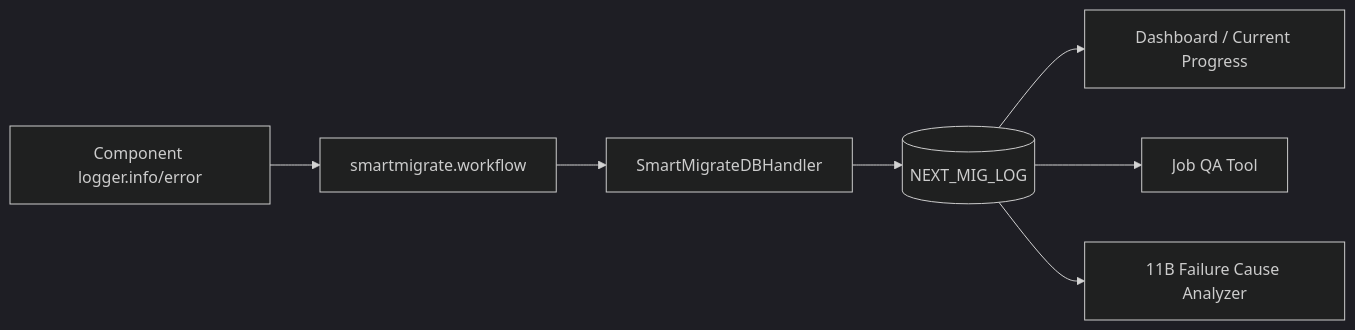
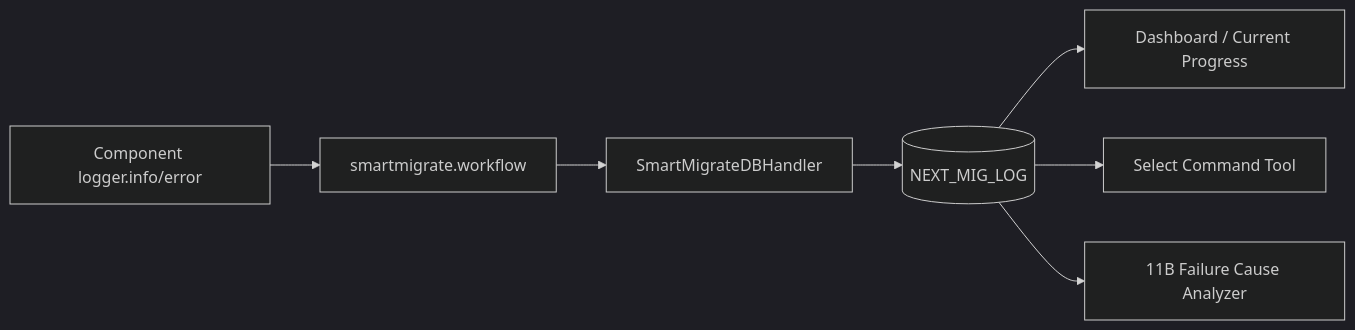
One commit to seongikjin227-jpg/refactoring_smartMigrate changed the first of 3 diagrams in smartMigrate_2.0_Langflow/00_guide/00_architecture_chapter5_logging_operations.md. Above: the diagram before and after it, drawn with Mermaid (dark theme). The commit also changed other lines of this file and 14 other files, not shown here.

````diff
--- a/smartMigrate_2.0_Langflow/00_guide/00_architecture_chapter5_logging_operations.md
+++ b/smartMigrate_2.0_Langflow/00_guide/00_architecture_chapter5_logging_operations.md
@@ -7,9 +7,9 @@
 ```mermaid
 flowchart LR
     COMP[Component logger.info/error] --> PYLOG[smartmigrate.workflow]
     PYLOG --> H[SmartMigrateDBHandler]
     H --> DB[(NEXT_MIG_LOG)]
     DB --> DASH[Dashboard / Current Progress]
-    DB --> QA[Job QA Tool]
+    DB --> QA[Select Command Tool]
     DB --> F11B[11B Failure Cause Analyzer]
 ```
````
